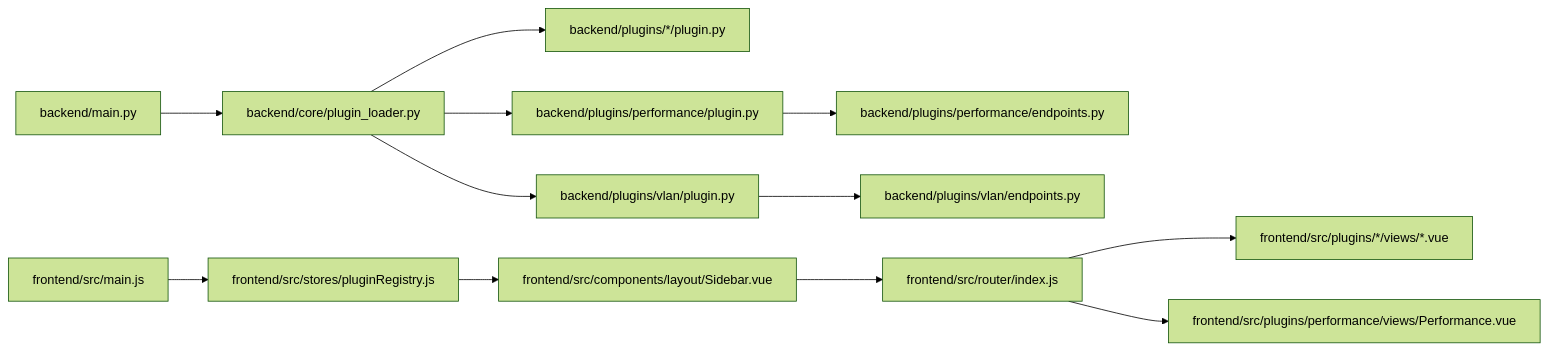
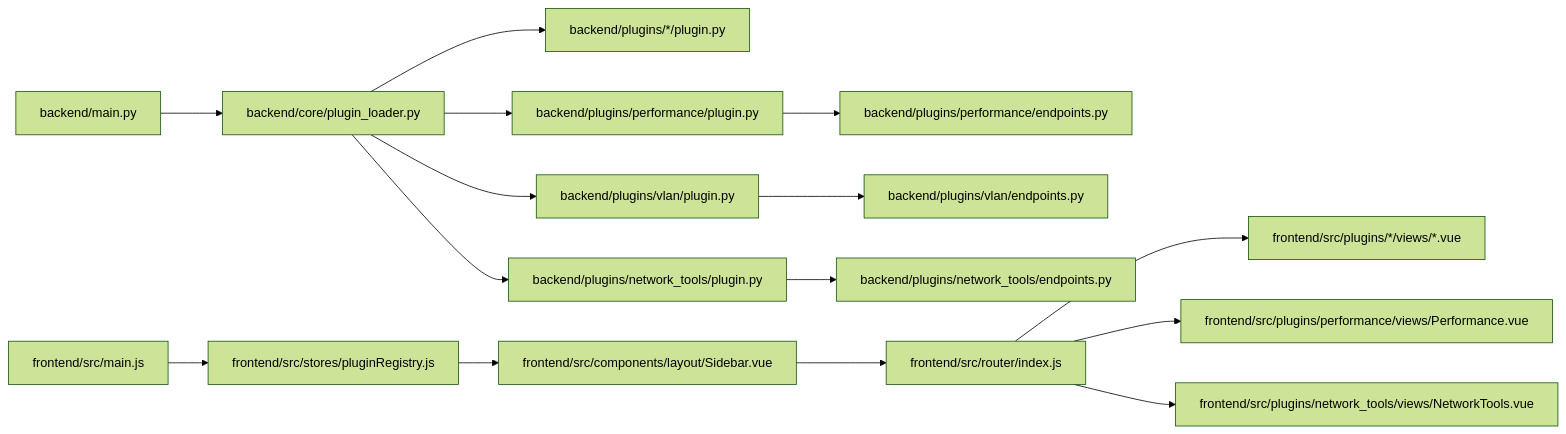
Diagram 11 of 11 in .qoder/repowiki/en/content/Plugin System Architecture/Frontend Plugin Integration.md (Nikita5543/New-SSO-02), drawn with Mermaid (forest theme) before and after one commit. The commit also changed other lines of this file and 6 other files, not shown here.

````diff
--- a/.qoder/repowiki/en/content/Plugin System Architecture/Frontend Plugin Integration.md
+++ b/.qoder/repowiki/en/content/Plugin System Architecture/Frontend Plugin Integration.md
@@ -448,14 +462,17 @@
 ```mermaid
 graph LR
 BE_Main["backend/main.py"] --> BE_Loader["backend/core/plugin_loader.py"]
 BE_Loader --> BE_Plugin["backend/plugins/*/plugin.py"]
 BE_Loader --> BE_Perf["backend/plugins/performance/plugin.py"]
 BE_Loader --> BE_VLAN["backend/plugins/vlan/plugin.py"]
+BE_Loader --> BE_NT["backend/plugins/network_tools/plugin.py"]
 BE_Perf --> BE_Endpoints["backend/plugins/performance/endpoints.py"]
 BE_VLAN --> BE_VLAN_Endpoints["backend/plugins/vlan/endpoints.py"]
+BE_NT --> BE_NT_Endpoints["backend/plugins/network_tools/endpoints.py"]
 FE_Init["frontend/src/main.js"] --> FE_Registry["frontend/src/stores/pluginRegistry.js"]
 FE_Registry --> FE_Sidebar["frontend/src/components/layout/Sidebar.vue"]
 FE_Router["frontend/src/router/index.js"] --> FE_VIEWS["frontend/src/plugins/*/views/*.vue"]
 FE_Router --> FE_PERF_View["frontend/src/plugins/performance/views/Performance.vue"]
+FE_Router --> FE_NT_View["frontend/src/plugins/network_tools/views/NetworkTools.vue"]
 FE_Sidebar --> FE_Router
 ```
````
